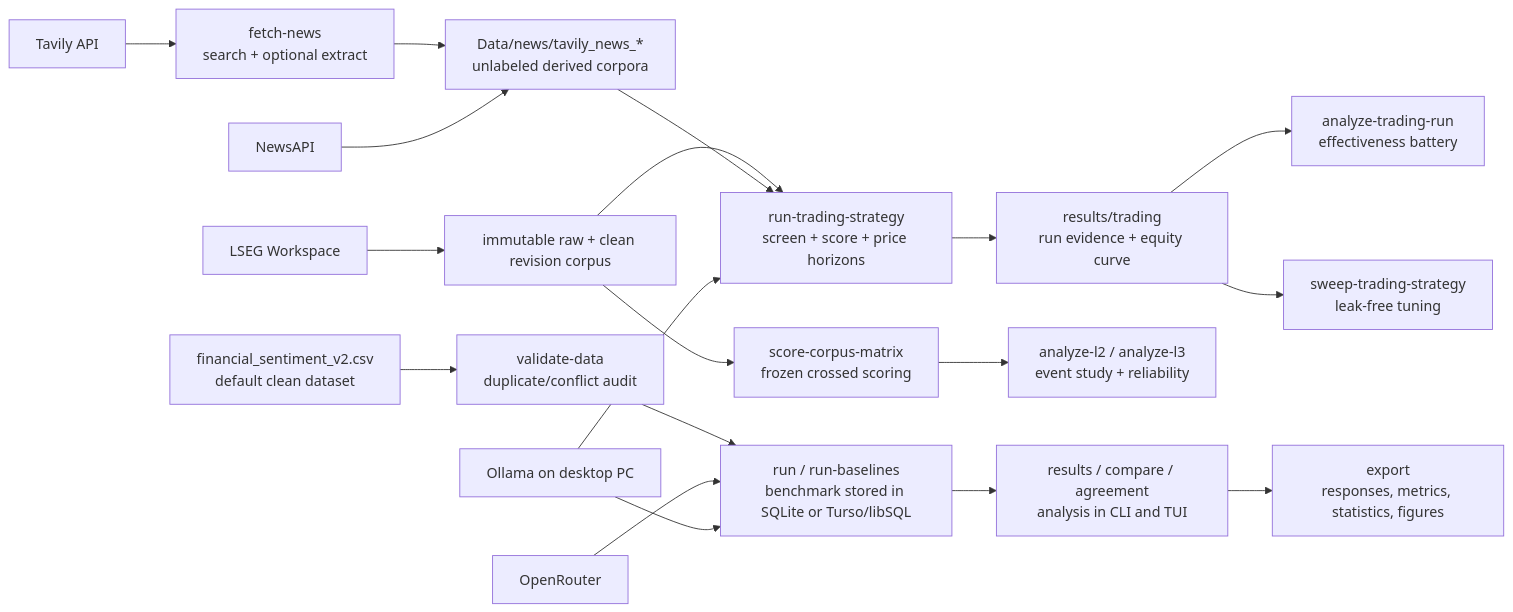
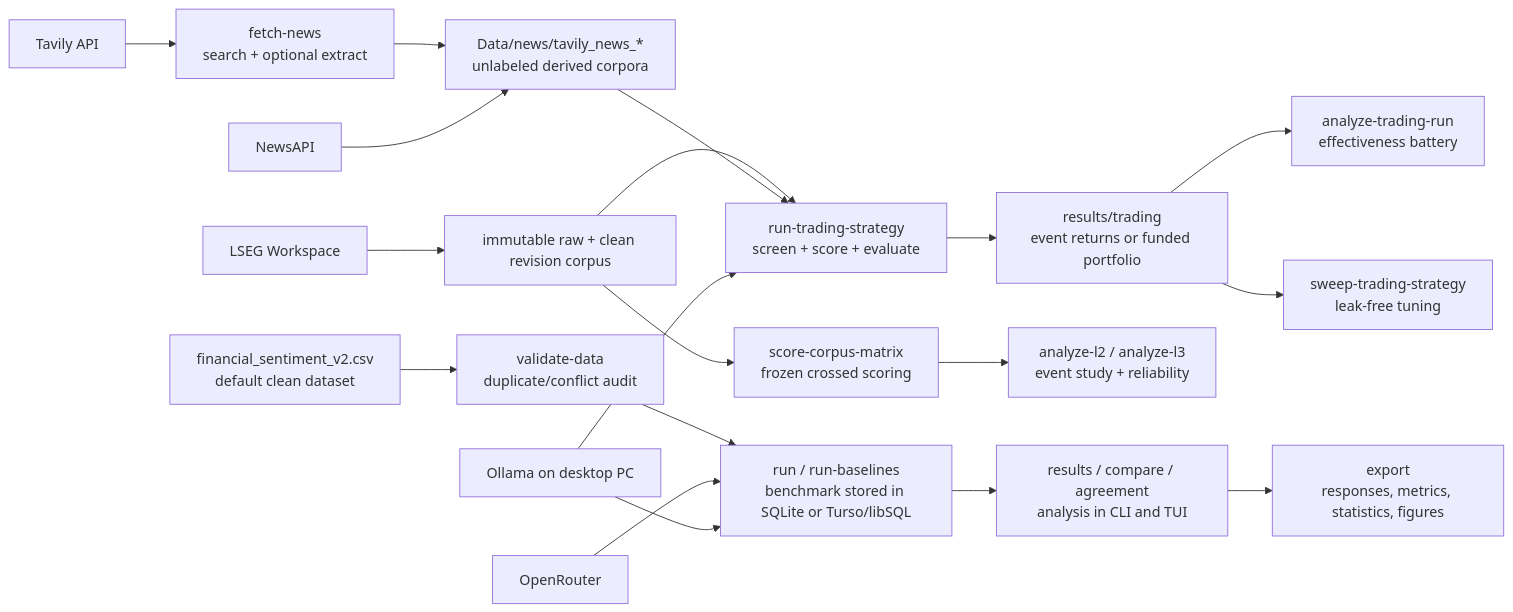
One commit to PeterLP123/Sentiment_Dissertation changed the diagram in README.md. Above: the diagram before and after it, drawn with Mermaid. The commit also changed other lines of this file and 13 other files, not shown here.

Commit message:
feat(trading): add funded portfolio evaluation

````diff
--- a/README.md
+++ b/README.md
@@ -204,21 +205,21 @@
 ```mermaid
 flowchart LR
     A["financial_sentiment_v2.csv<br/>default clean dataset"] --> B["validate-data<br/>duplicate/conflict audit"]
     B --> C["run / run-baselines<br/>benchmark stored in SQLite or Turso/libSQL"]
     C --> D["results / compare / agreement<br/>analysis in CLI and TUI"]
     D --> E["export<br/>responses, metrics, statistics, figures"]
     F["Tavily API"] --> G["fetch-news<br/>search + optional extract"]
     G --> H["Data/news/tavily_news_*<br/>unlabeled derived corpora"]
     K["NewsAPI"] --> H
     N["LSEG Workspace"] --> O["immutable raw + clean revision corpus"]
     O --> L
     O --> X["score-corpus-matrix<br/>frozen crossed scoring"]
     X --> Y["analyze-l2 / analyze-l3<br/>event study + reliability"]
-    H --> L["run-trading-strategy<br/>screen + score + price horizons"]
-    L --> M["results/trading<br/>run evidence + equity curve"]
+    H --> L["run-trading-strategy<br/>screen + score + evaluate"]
+    L --> M["results/trading<br/>event returns or funded portfolio"]
     M --> Q["analyze-trading-run<br/>effectiveness battery"]
     M --> S["sweep-trading-strategy<br/>leak-free tuning"]
     I["OpenRouter"] --> C
     J["Ollama on desktop PC"] --> C
     J --> L
 ```
````
